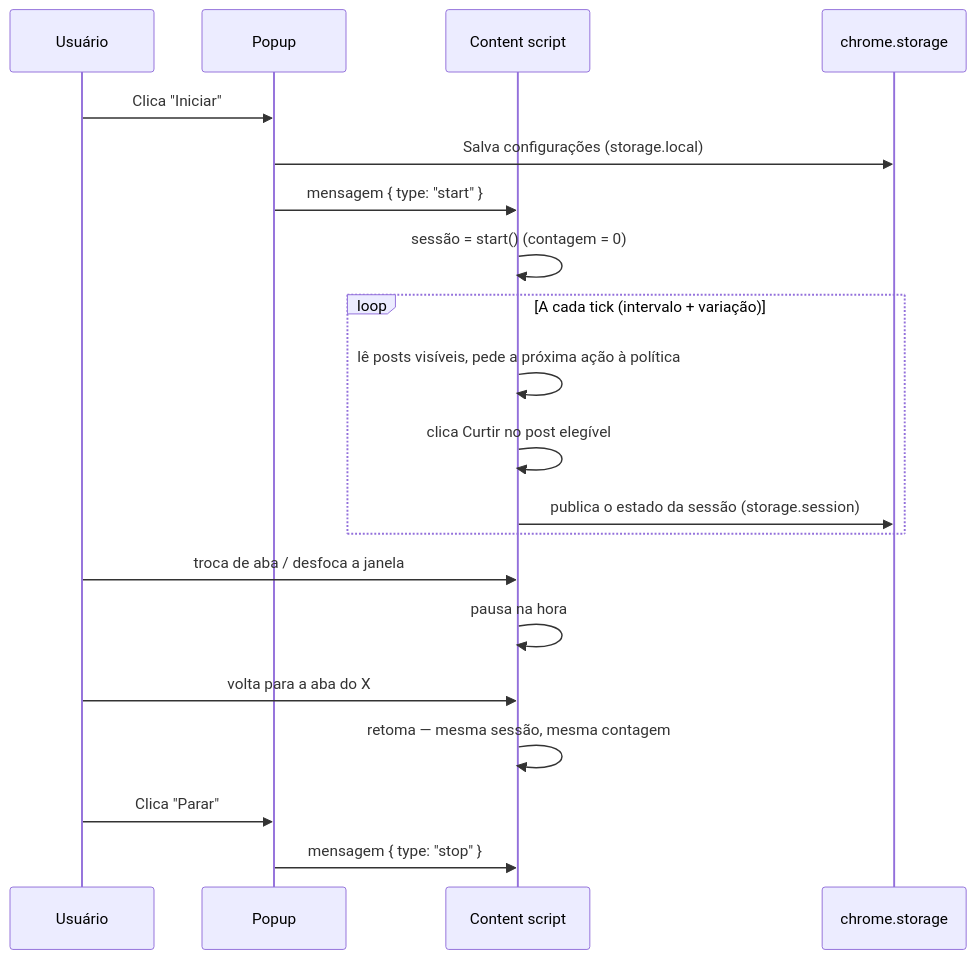
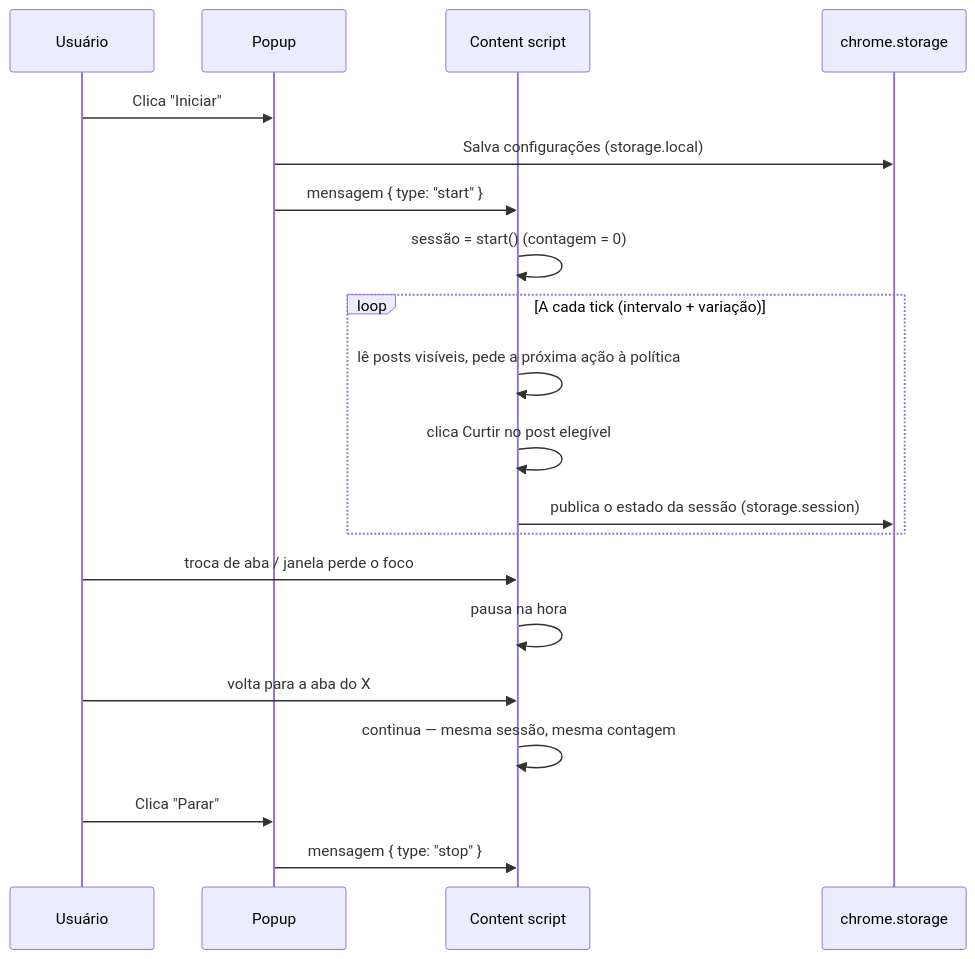
One commit to paladini/x-like-automator changed the diagram in README.pt-BR.md. Above: the diagram before and after it, drawn with Mermaid. The commit also changed other lines of this file and 3 other files, not shown here.

````diff
--- a/README.pt-BR.md
+++ b/README.pt-BR.md
@@ -105,23 +109,23 @@
 ```mermaid
 sequenceDiagram
     participant U as Usuário
     participant P as Popup
     participant C as Content script
     participant S as chrome.storage
 
     U->>P: Clica "Iniciar"
     P->>S: Salva configurações (storage.local)
     P->>C: mensagem { type: "start" }
     C->>C: sessão = start() (contagem = 0)
     loop A cada tick (intervalo + variação)
         C->>C: lê posts visíveis, pede a próxima ação à política
         C->>C: clica Curtir no post elegível
         C->>S: publica o estado da sessão (storage.session)
     end
-    U->>C: troca de aba / desfoca a janela
+    U->>C: troca de aba / janela perde o foco
     C->>C: pausa na hora
     U->>C: volta para a aba do X
-    C->>C: retoma — mesma sessão, mesma contagem
+    C->>C: continua — mesma sessão, mesma contagem
     U->>P: Clica "Parar"
     P->>C: mensagem { type: "stop" }
 ```
````
